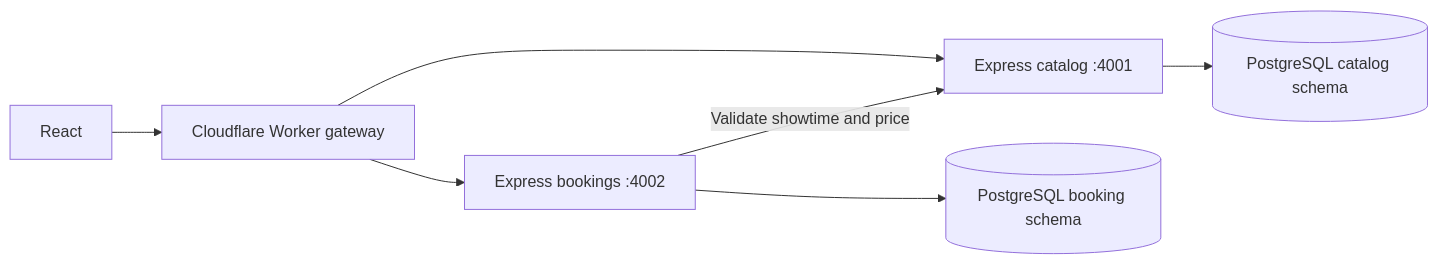
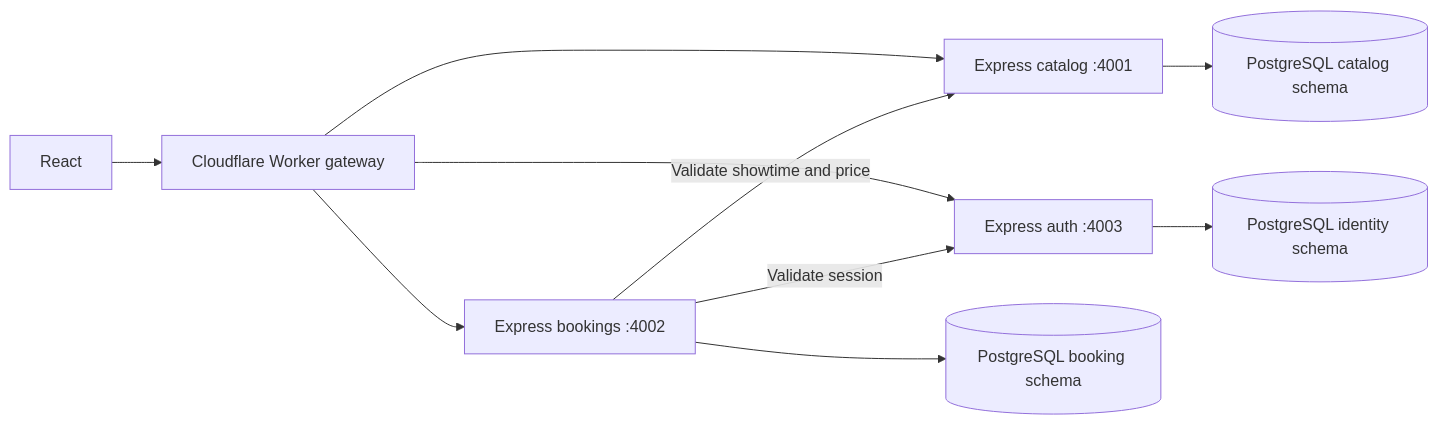
The diagram in README.md (Yesheylhaden/Druk_Cinema_Booking), drawn with Mermaid before and after one commit. The commit also changed other lines of this file and 67 other files, not shown here.

````diff
--- a/README.md
+++ b/README.md
@@ -36,9 +36,12 @@
 ```mermaid
 flowchart LR
   React --> Worker[Cloudflare Worker gateway]
   Worker --> Catalog[Express catalog :4001]
   Worker --> Bookings[Express bookings :4002]
+  Worker --> Auth[Express auth :4003]
+  Auth --> Identity[(PostgreSQL identity schema)]
+  Bookings -->|Validate session| Auth
   Bookings -->|Validate showtime and price| Catalog
   Catalog --> Movies[(PostgreSQL catalog schema)]
   Bookings --> Reservations[(PostgreSQL booking schema)]
 ```
````
